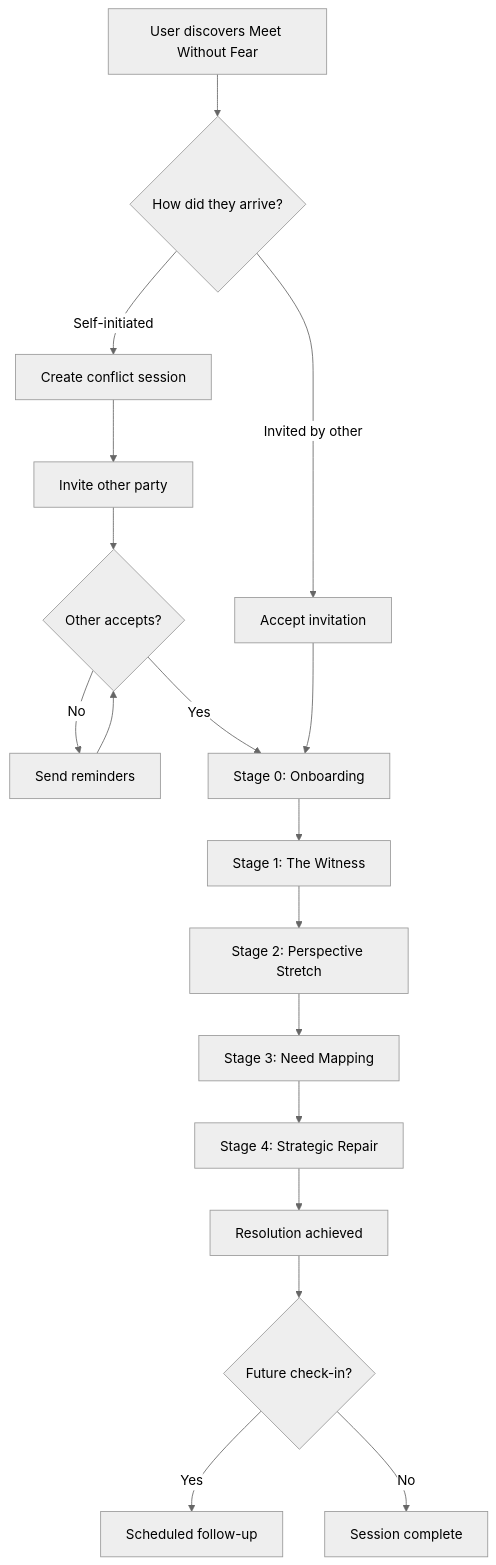
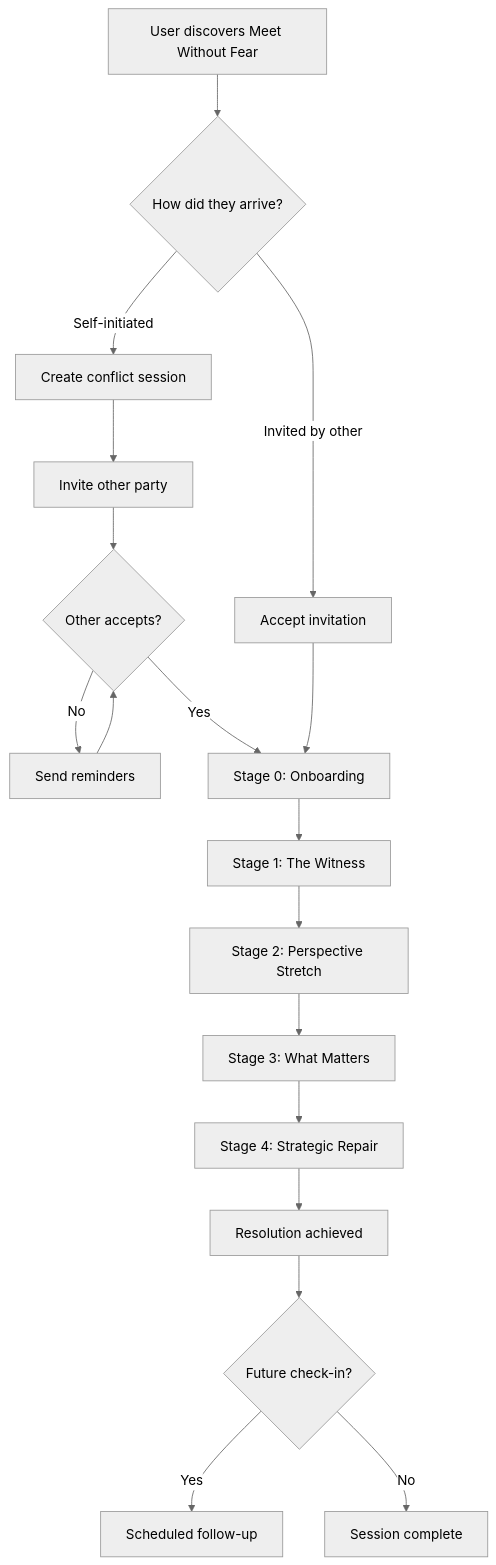
Before and after one commit to shantamg/meet-without-fear: the first of 8 diagrams in docs/product/user-journey.md, drawn with Mermaid (neutral theme). The commit also changed other lines of this file and 24 other files, not shown here.

First line of the commit message:
feat: redesign Stage 3 as "What Matters" with user-driven needs exploration

````diff
--- a/docs/product/user-journey.md
+++ b/docs/product/user-journey.md
@@ -12,24 +12,24 @@
 ```mermaid
 flowchart TD
     Entry[User discovers Meet Without Fear] --> Invite{How did they arrive?}
     Invite -->|Self-initiated| Create[Create conflict session]
     Invite -->|Invited by other| Accept[Accept invitation]
 
     Create --> InviteOther[Invite other party]
     InviteOther --> WaitAccept{Other accepts?}
     WaitAccept -->|No| Remind[Send reminders]
     WaitAccept -->|Yes| Stage0
     Remind --> WaitAccept
 
     Accept --> Stage0[Stage 0: Onboarding]
 
     Stage0 --> Stage1[Stage 1: The Witness]
     Stage1 --> Stage2[Stage 2: Perspective Stretch]
-    Stage2 --> Stage3[Stage 3: Need Mapping]
+    Stage2 --> Stage3[Stage 3: What Matters]
     Stage3 --> Stage4[Stage 4: Strategic Repair]
     Stage4 --> Resolution[Resolution achieved]
 
     Resolution --> Followup{Future check-in?}
     Followup -->|Yes| CheckIn[Scheduled follow-up]
     Followup -->|No| Complete[Session complete]
 ```
````
